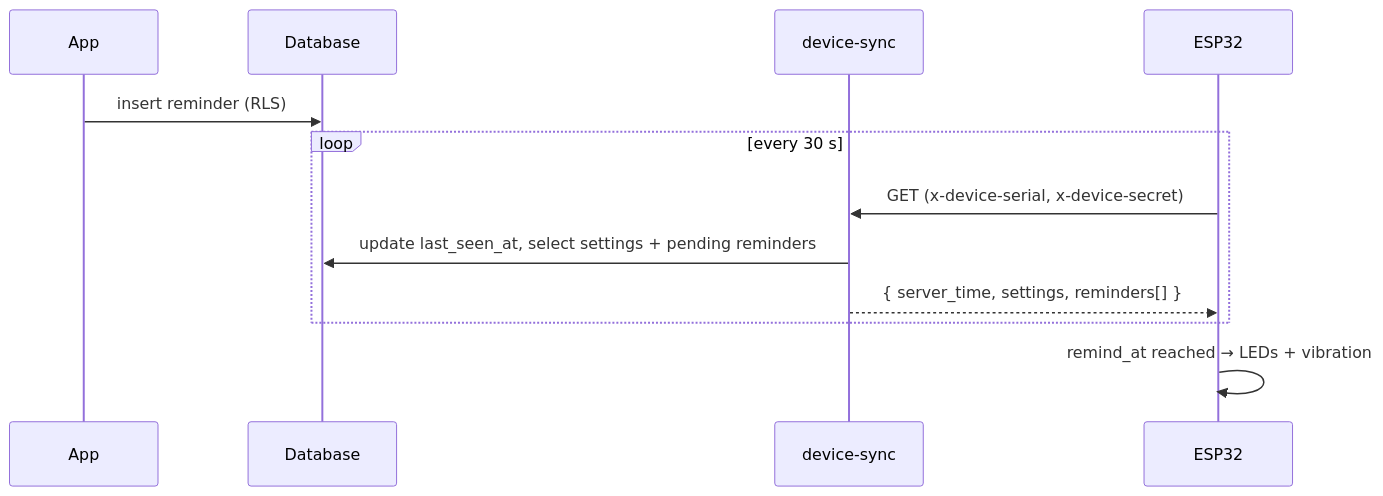
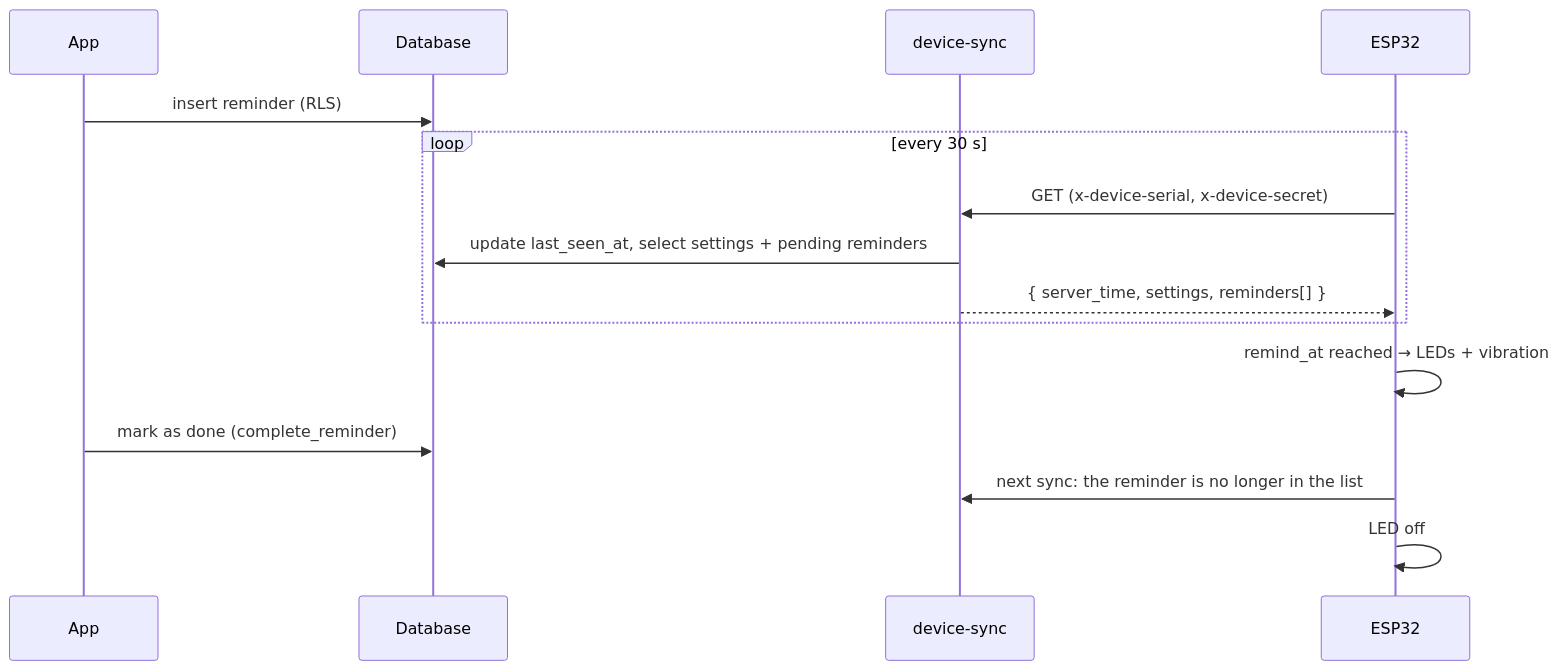
The third of 4 diagrams in docs/architecture.md (acronoxx/desk-companion), drawn with Mermaid before and after one commit. The commit also changed other lines of this file and 20 other files, not shown here.

````diff
--- a/docs/architecture.md
+++ b/docs/architecture.md
@@ -78,15 +78,18 @@
 ```mermaid
 sequenceDiagram
     participant A as App
     participant DB as Database
     participant F as device-sync
     participant E as ESP32
 
     A->>DB: insert reminder (RLS)
     loop every 30 s
         E->>F: GET (x-device-serial, x-device-secret)
         F->>DB: update last_seen_at, select settings + pending reminders
         F-->>E: { server_time, settings, reminders[] }
     end
     E->>E: remind_at reached → LEDs + vibration
+    A->>DB: mark as done (complete_reminder)
+    E->>F: next sync: the reminder is no longer in the list
+    E->>E: LED off
 ```
````
